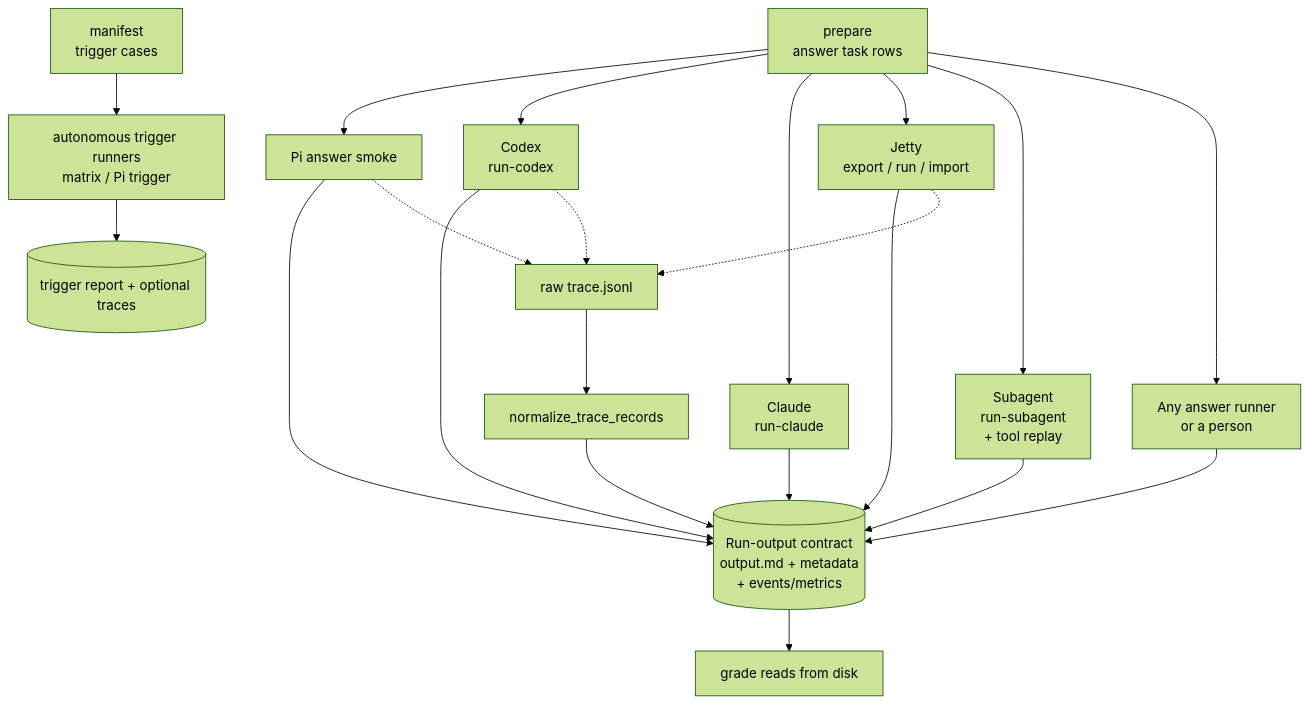
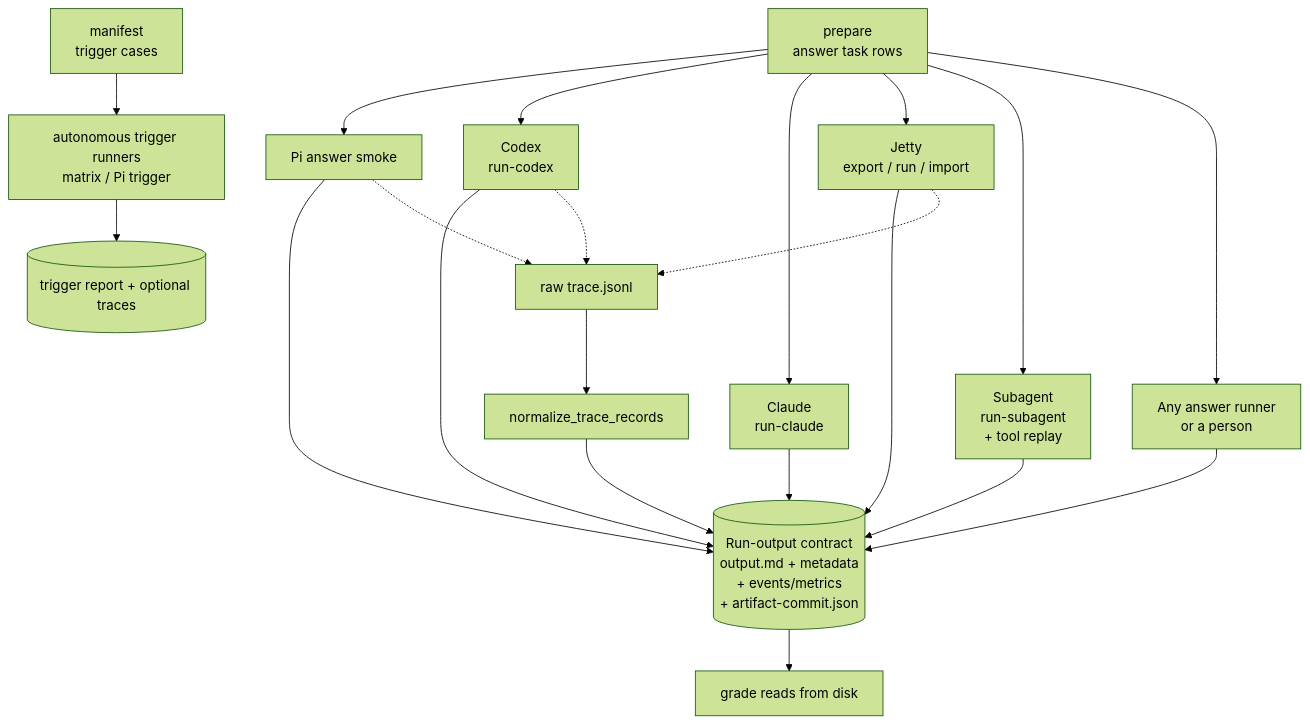
Before and after one commit to adewale/skill-eval-harness: the third of 4 diagrams in docs/architecture.md, drawn with Mermaid (forest theme). The commit also changed other lines of this file and 23 other files, not shown here.

````diff
--- a/docs/architecture.md
+++ b/docs/architecture.md
@@ -98,27 +103,27 @@
 ```mermaid
 flowchart TB
     P[prepare\nanswer task rows] --> PI[Pi answer smoke]
     P --> CX[Codex\nrun-codex]
     P --> CL[Claude\nrun-claude]
     P --> JT[Jetty\nexport / run / import]
     P --> SUB[Subagent\nrun-subagent\n+ tool replay]
     P --> HUM[Any answer runner\nor a person]
 
     M[manifest\ntrigger cases] --> TR[autonomous trigger runners\nmatrix / Pi trigger]
     TR --> TRR[(trigger report + optional traces)]
 
     PI --> CONTRACT
     CX --> CONTRACT
     CL --> CONTRACT
     JT --> CONTRACT
     SUB --> CONTRACT
     HUM --> CONTRACT
 
     RAW[raw trace.jsonl] --> NORM[normalize_trace_records]
     PI -.-> RAW
     CX -.-> RAW
     JT -.-> RAW
-    NORM --> CONTRACT[(Run-output contract\noutput.md + metadata\n+ events/metrics)]
+    NORM --> CONTRACT[(Run-output contract\noutput.md + metadata\n+ events/metrics\n+ artifact-commit.json)]
 
     CONTRACT --> GR[grade reads from disk]
 ```
````
